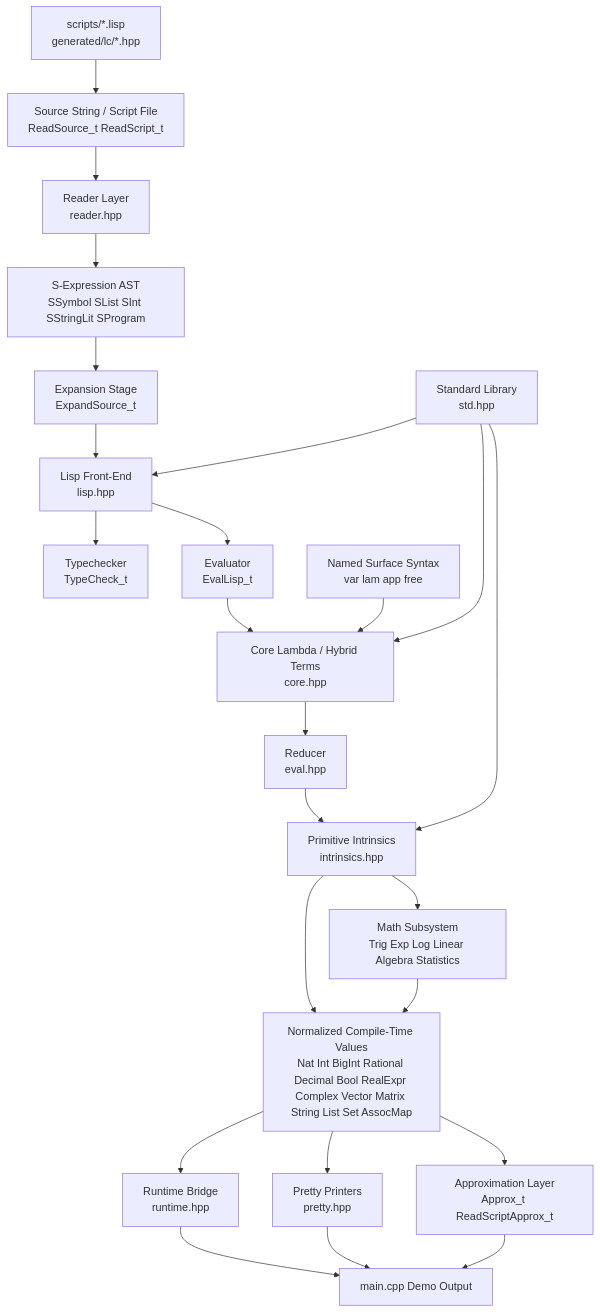
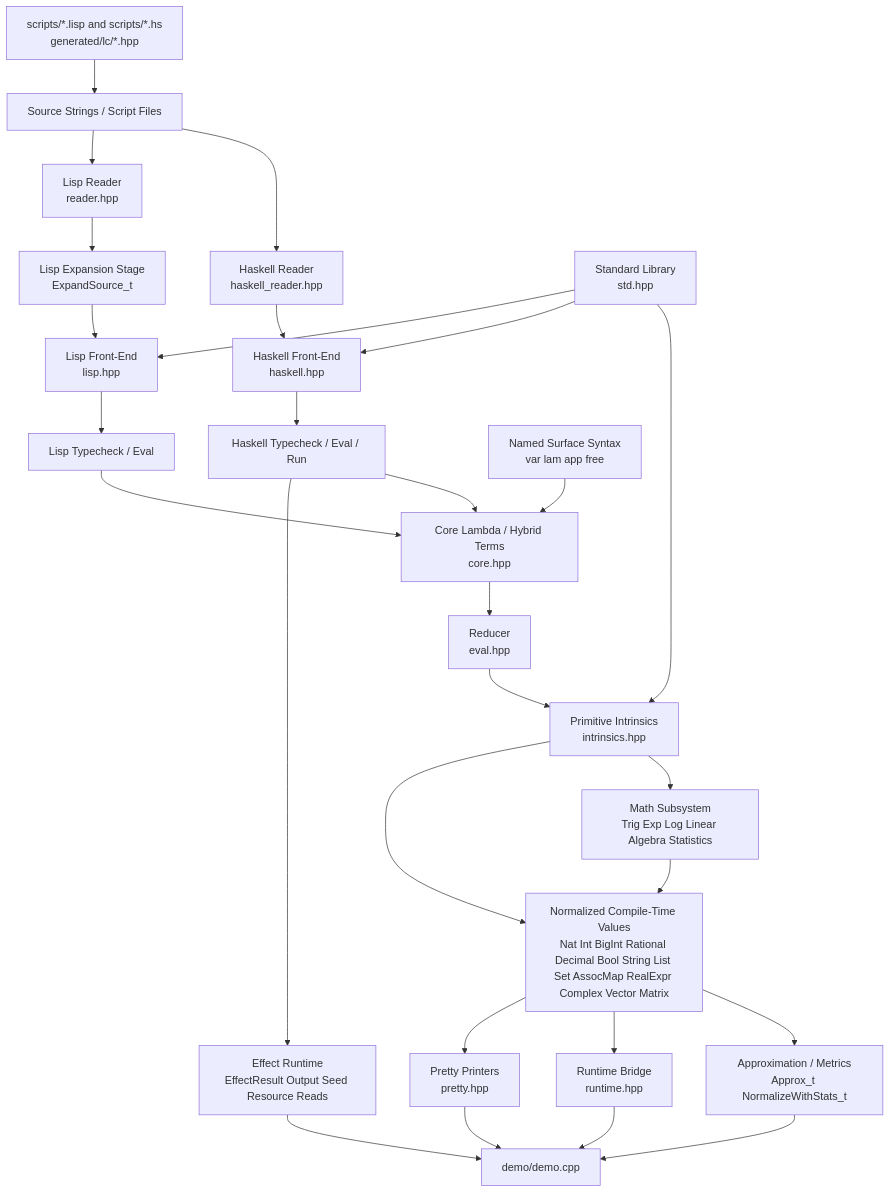
The diagram in README.md (Tethane/Metaprogramming), drawn with Mermaid before and after one commit. The commit also changed other lines of this file and 14 other files, not shown here.

````diff
--- a/README.md
+++ b/README.md
@@ -106,26 +111,30 @@
 ```mermaid
 flowchart TD
-    A[Source String / Script File<br/>ReadSource_t ReadScript_t] --> B[Reader Layer<br/>reader.hpp]
-    B --> C[S-Expression AST<br/>SSymbol SList SInt SStringLit SProgram]
-    C --> X[Expansion Stage<br/>ExpandSource_t]
-    X --> D[Lisp Front-End<br/>lisp.hpp]
-    D --> E[Typechecker<br/>TypeCheck_t]
-    D --> F[Evaluator<br/>EvalLisp_t]
-    F --> G[Core Lambda / Hybrid Terms<br/>core.hpp]
-    G --> H[Reducer<br/>eval.hpp]
-    H --> I[Primitive Intrinsics<br/>intrinsics.hpp]
-    I --> J[Normalized Compile-Time Values<br/>Nat Int BigInt Rational Decimal Bool RealExpr Complex Vector Matrix String List Set AssocMap]
-    I --> MATH[Math Subsystem<br/>Trig Exp Log Linear Algebra Statistics]
-    MATH --> J
-    J --> K[Pretty Printers<br/>pretty.hpp]
-    J --> L[Runtime Bridge<br/>runtime.hpp]
-    J --> AP[Approximation Layer<br/>Approx_t ReadScriptApprox_t]
-    M[Named Surface Syntax<br/>var lam app free] --> G
-    N[Standard Library<br/>std.hpp] --> D
-    N --> G
-    N --> I
-    S[scripts/*.lisp<br/>generated/lc/*.hpp] --> A
-    L --> O[main.cpp Demo Output]
-    K --> O
-    AP --> O
+    A[Source Strings / Script Files] --> B[Lisp Reader<br/>reader.hpp]
+    A --> C[Haskell Reader<br/>haskell_reader.hpp]
+    B --> D[Lisp Expansion Stage<br/>ExpandSource_t]
+    D --> E[Lisp Front-End<br/>lisp.hpp]
+    C --> F[Haskell Front-End<br/>haskell.hpp]
+    E --> G[Lisp Typecheck / Eval]
+    F --> H[Haskell Typecheck / Eval / Run]
+    H --> IO[Effect Runtime<br/>EffectResult Output Seed Resource Reads]
+    G --> I[Core Lambda / Hybrid Terms<br/>core.hpp]
+    H --> I
+    I --> J[Reducer<br/>eval.hpp]
+    J --> K[Primitive Intrinsics<br/>intrinsics.hpp]
+    K --> L[Normalized Compile-Time Values<br/>Nat Int BigInt Rational Decimal Bool String List Set AssocMap RealExpr Complex Vector Matrix]
+    K --> M[Math Subsystem<br/>Trig Exp Log Linear Algebra Statistics]
+    M --> L
+    N[Named Surface Syntax<br/>var lam app free] --> I
+    O[Standard Library<br/>std.hpp] --> E
+    O --> F
+    O --> K
+    P[scripts/*.lisp and scripts/*.hs<br/>generated/lc/*.hpp] --> A
+    L --> Q[Pretty Printers<br/>pretty.hpp]
+    L --> R[Runtime Bridge<br/>runtime.hpp]
+    L --> S[Approximation / Metrics<br/>Approx_t NormalizeWithStats_t]
+    Q --> T[demo/demo.cpp]
+    R --> T
+    S --> T
+    IO --> T
 ```
````
